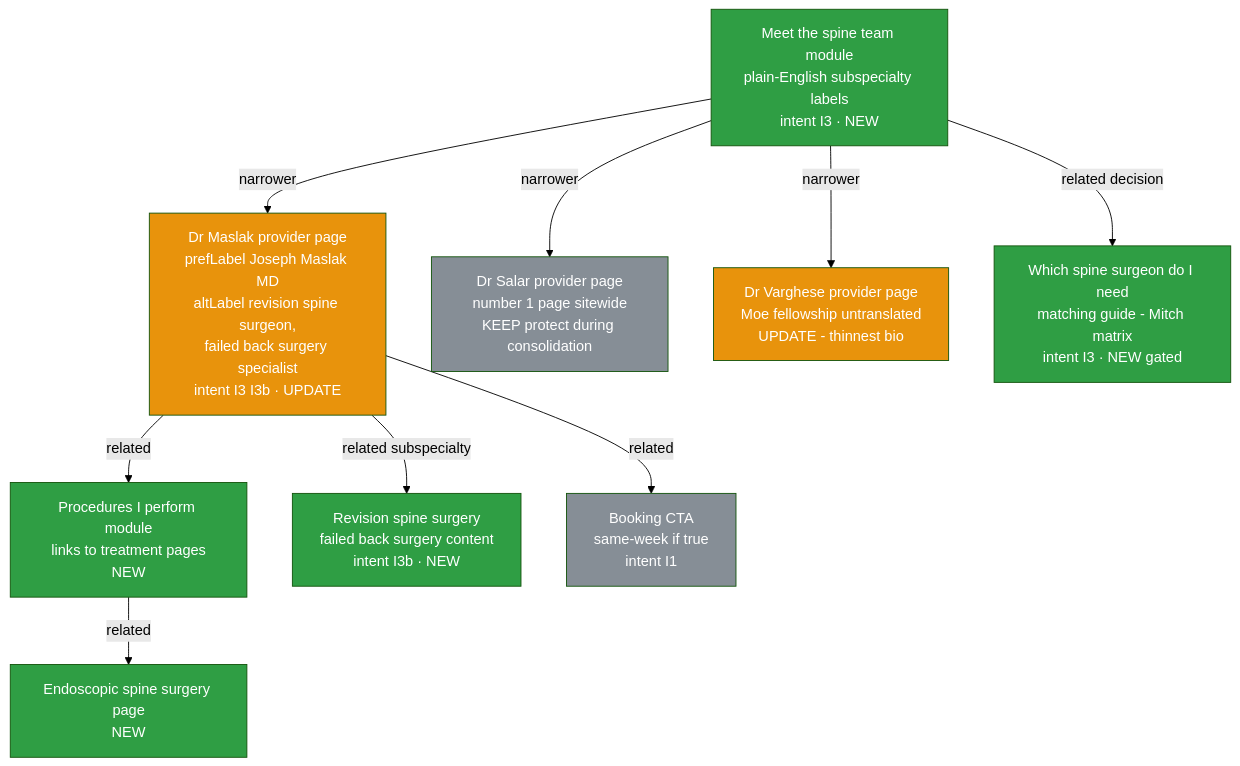
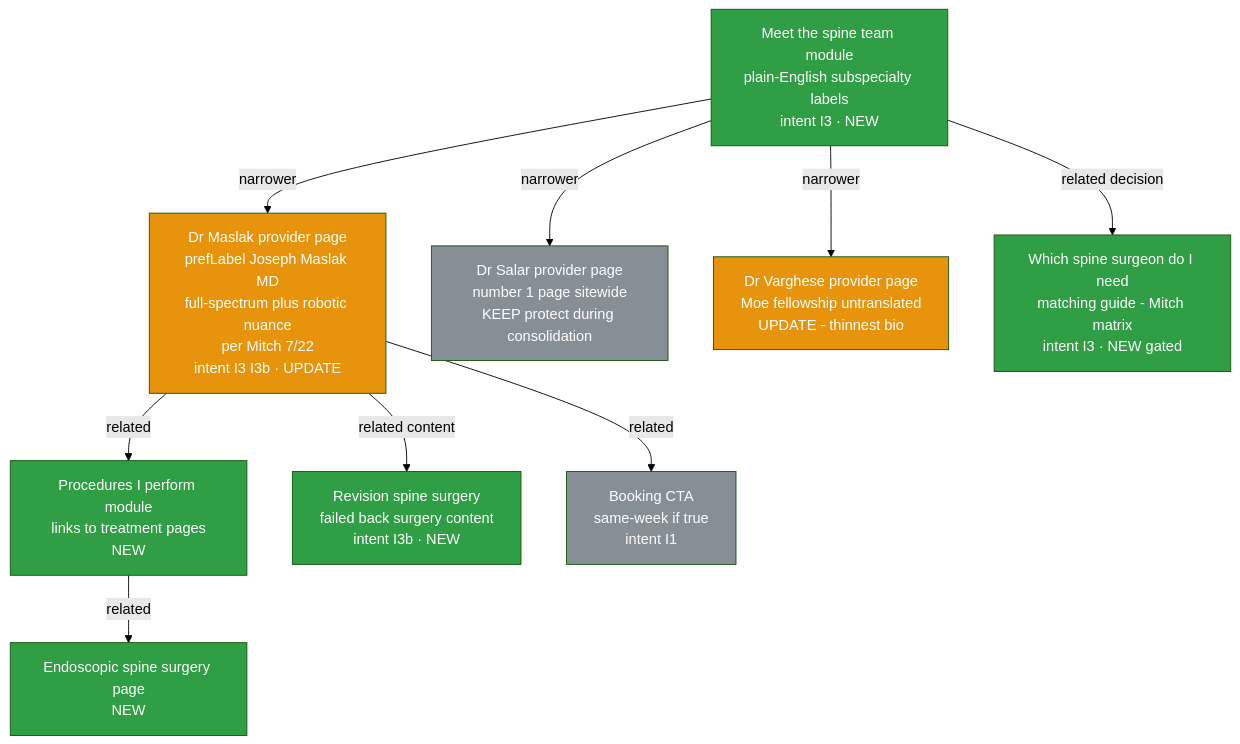
Before and after one commit to JosephAndrewMacLean/SHP: the sixth of 9 diagrams in playbooks/spine-semantic-model.md, drawn with Mermaid (forest theme). The commit also changed other lines of this file and 12 other files, not shown here.

````diff
--- a/playbooks/spine-semantic-model.md
+++ b/playbooks/spine-semantic-model.md
@@ -294,28 +311,28 @@
 ```mermaid
 flowchart TD
     TEAM[Meet the spine team module<br/>plain-English subspecialty labels<br/>intent I3 · NEW]
-    MAS[Dr Maslak provider page<br/>prefLabel Joseph Maslak MD<br/>altLabel revision spine surgeon,<br/>failed back surgery specialist<br/>intent I3 I3b · UPDATE]
+    MAS[Dr Maslak provider page<br/>prefLabel Joseph Maslak MD<br/>full-spectrum plus robotic nuance<br/>per Mitch 7/22<br/>intent I3 I3b · UPDATE]
     SAL[Dr Salar provider page<br/>number 1 page sitewide<br/>KEEP protect during consolidation]
     VAR[Dr Varghese provider page<br/>Moe fellowship untranslated<br/>UPDATE - thinnest bio]
     PROCS[Procedures I perform module<br/>links to treatment pages<br/>NEW]
     ENDO[Endoscopic spine surgery page<br/>NEW]
     REV[Revision spine surgery<br/>failed back surgery content<br/>intent I3b · NEW]
     MATCH[Which spine surgeon do I need<br/>matching guide - Mitch matrix<br/>intent I3 · NEW gated]
     BOOK[Booking CTA<br/>same-week if true<br/>intent I1]
 
     TEAM -->|narrower| MAS
     TEAM -->|narrower| SAL
     TEAM -->|narrower| VAR
     MAS -->|related| PROCS
     PROCS -->|related| ENDO
-    MAS -->|related subspecialty| REV
+    MAS -->|related content| REV
     TEAM -->|related decision| MATCH
     MAS -->|related| BOOK
 
     classDef newN fill:#2f9e44,color:#fff
     classDef updN fill:#e8930c,color:#fff
     classDef keepN fill:#868e96,color:#fff
     class TEAM,PROCS,ENDO,REV,MATCH newN
     class MAS,VAR updN
     class SAL,BOOK keepN
 ```
````
